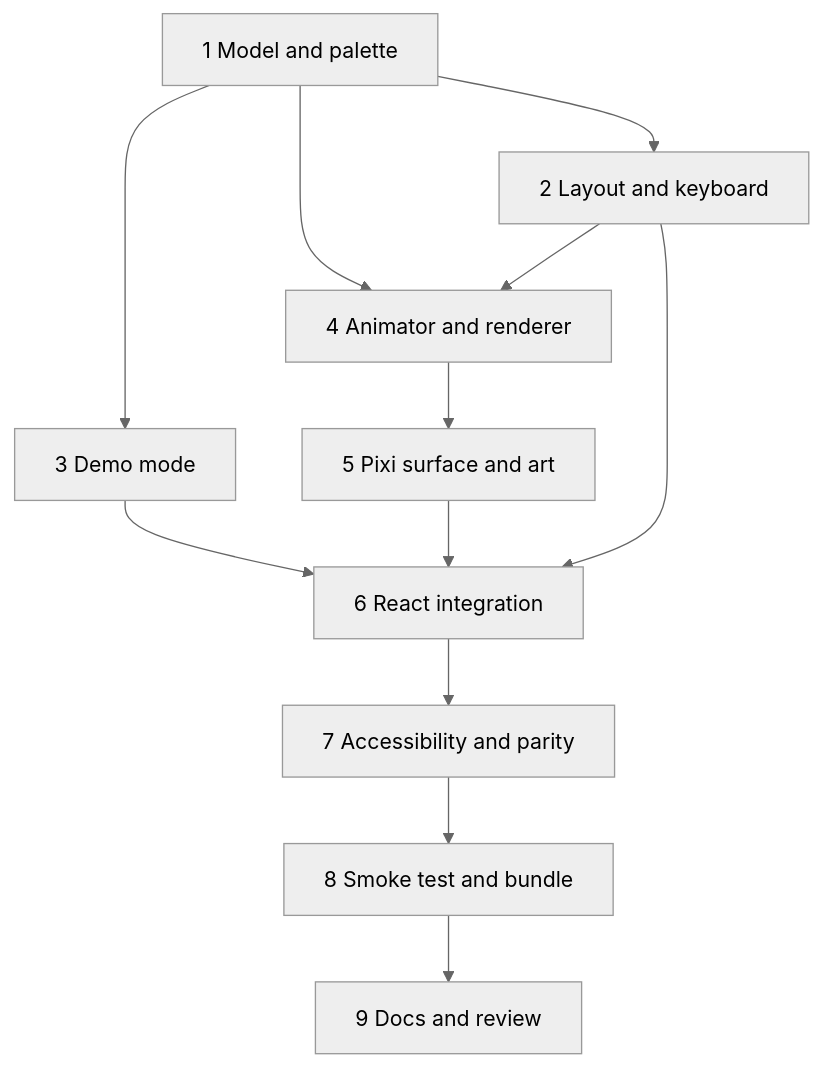
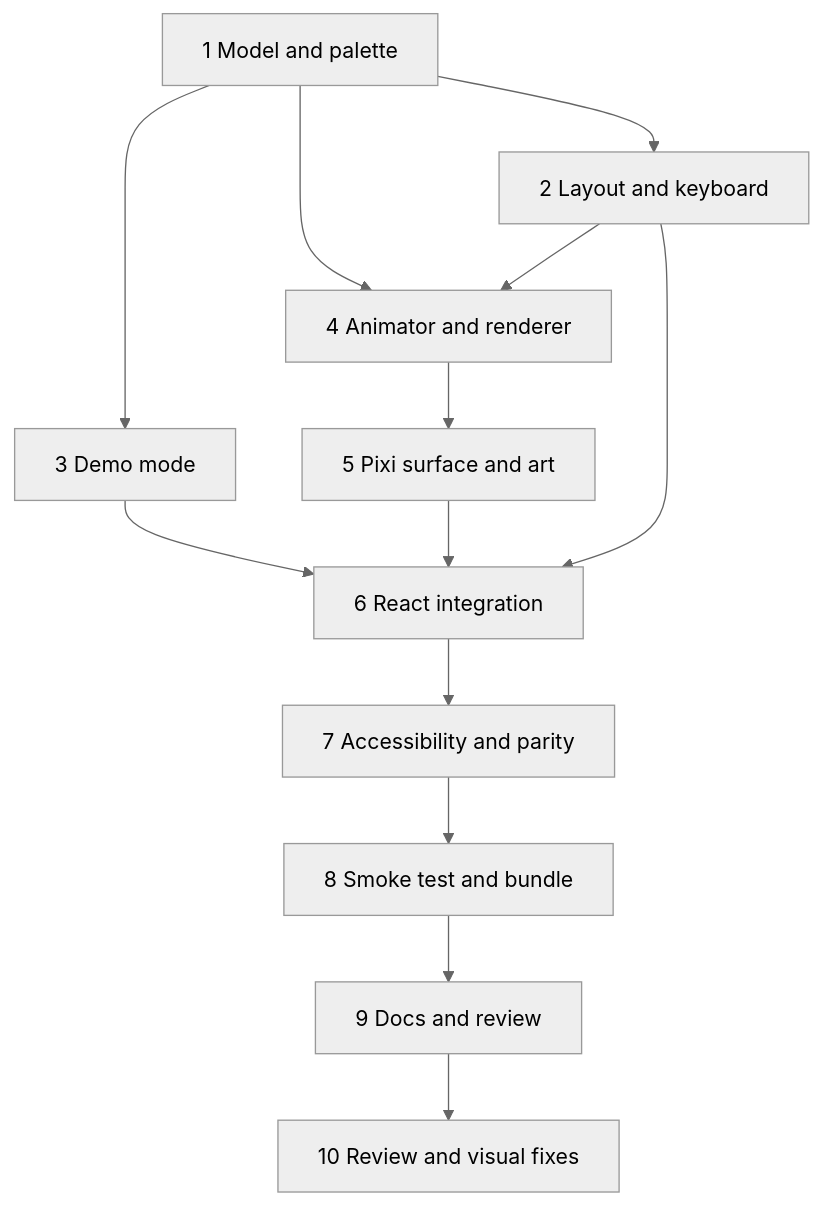
The diagram in .kiro/specs/scene-engine/tasks.md (Akar-Samudra-Artifisial/Haunted-Ops), drawn with Mermaid (neutral theme) before and after one commit. The commit also changed other lines of this file and 65 other files, not shown here.

````diff
--- a/.kiro/specs/scene-engine/tasks.md
+++ b/.kiro/specs/scene-engine/tasks.md
@@ -139,14 +163,15 @@
 ```mermaid
 graph TD
   T1[1 Model and palette] --> T2[2 Layout and keyboard]
   T1 --> T3[3 Demo mode]
   T1 --> T4[4 Animator and renderer]
   T2 --> T4
   T4 --> T5[5 Pixi surface and art]
   T3 --> T6[6 React integration]
   T5 --> T6
   T2 --> T6
   T6 --> T7[7 Accessibility and parity]
   T7 --> T8[8 Smoke test and bundle]
   T8 --> T9[9 Docs and review]
+  T9 --> T10[10 Review and visual fixes]
 ```
````
